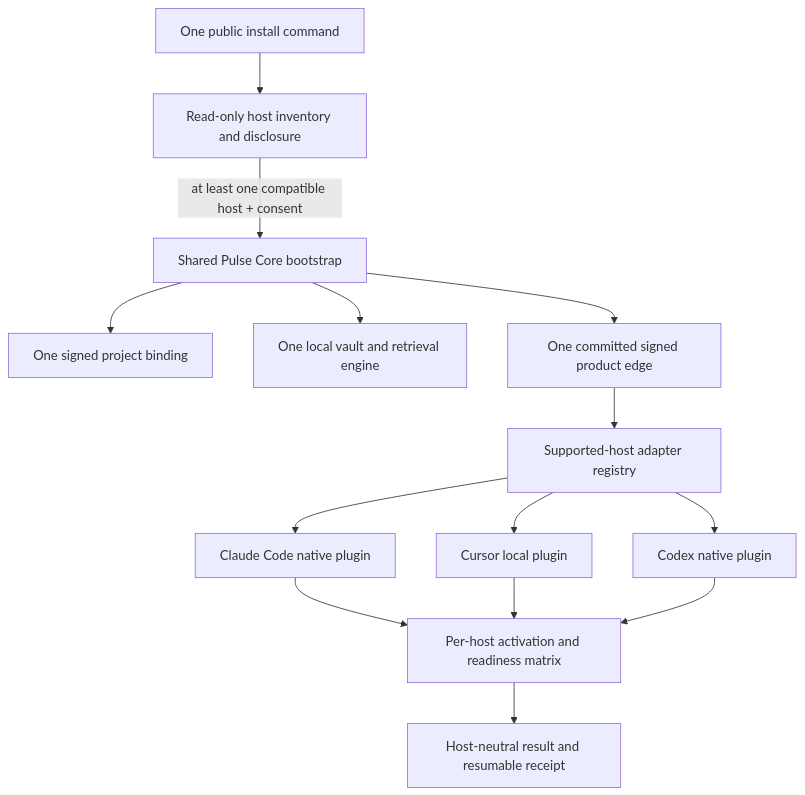
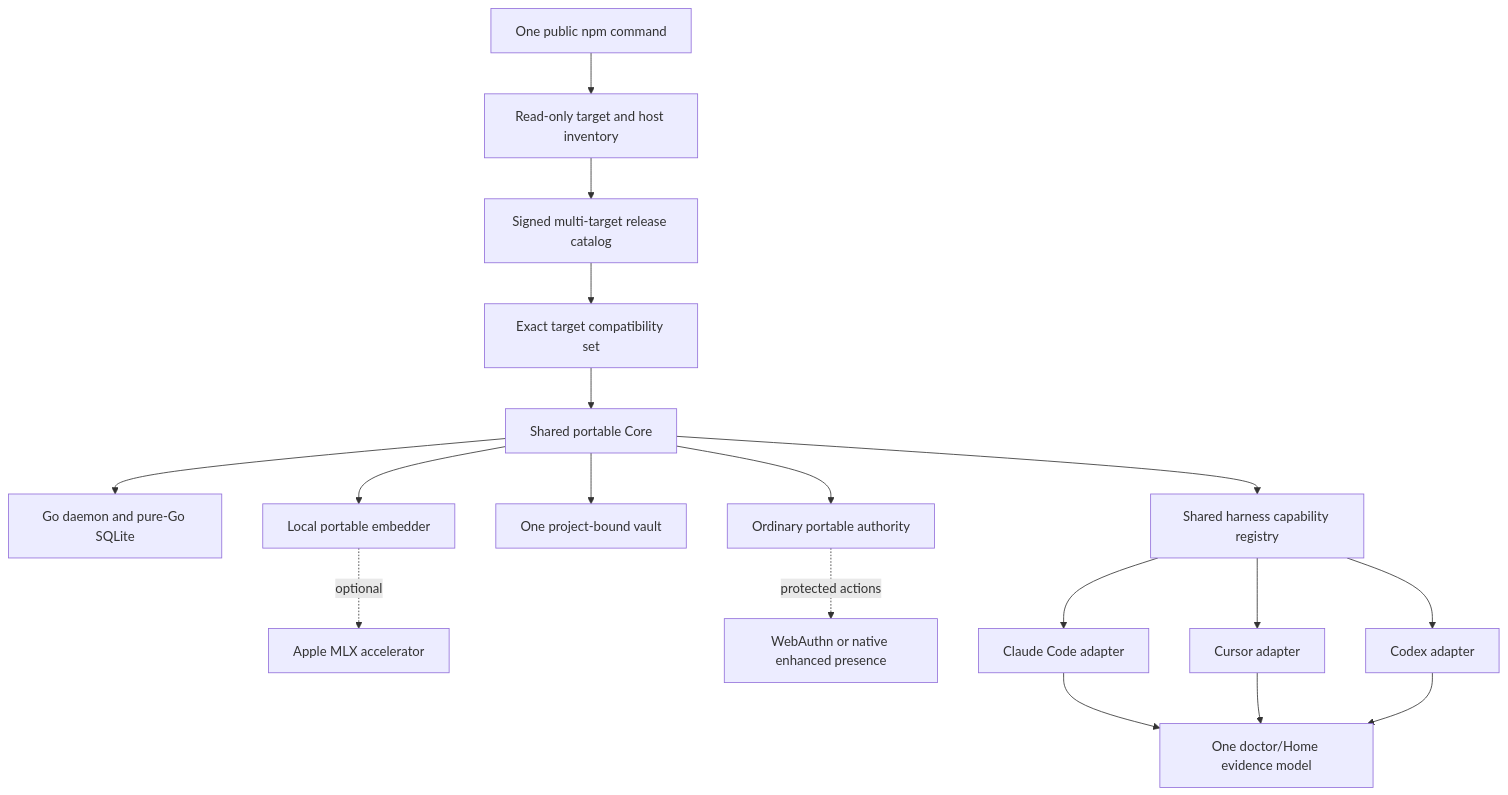
Before and after one commit to zbs-gg/pulse: the first of 2 diagrams in docs/plans/2026-07-17-001-feat-host-neutral-one-command-install-plan.md, drawn with Mermaid. The commit also changed other lines of this file, not shown here.

Commit message:
docs(plan): target universal desktop install

````diff
--- a/docs/plans/2026-07-17-001-feat-host-neutral-one-command-install-plan.md
+++ b/docs/plans/2026-07-17-001-feat-host-neutral-one-command-install-plan.md
@@ -157,16 +196,20 @@
 ```mermaid
 flowchart TB
-  Command["One public install command"] --> Plan["Read-only host inventory and disclosure"]
-  Plan -->|"at least one compatible host + consent"| Core["Shared Pulse Core bootstrap"]
-  Core --> Binding["One signed project binding"]
-  Core --> Vault["One local vault and retrieval engine"]
-  Core --> Edge["One committed signed product edge"]
-  Edge --> Registry["Supported-host adapter registry"]
-  Registry --> Claude["Claude Code native plugin"]
-  Registry --> Cursor["Cursor local plugin"]
-  Registry --> Codex["Codex native plugin"]
-  Claude --> Matrix["Per-host activation and readiness matrix"]
-  Cursor --> Matrix
-  Codex --> Matrix
-  Matrix --> Receipt["Host-neutral result and resumable receipt"]
+  Command["One public npm command"] --> Inventory["Read-only target and host inventory"]
+  Inventory --> Catalog["Signed multi-target release catalog"]
+  Catalog --> Selected["Exact target compatibility set"]
+  Selected --> Portable["Shared portable Core"]
+  Portable --> Daemon["Go daemon and pure-Go SQLite"]
+  Portable --> Embedder["Local portable embedder"]
+  Portable --> Vault["One project-bound vault"]
+  Portable --> Authority["Ordinary portable authority"]
+  Embedder -. optional .-> MLX["Apple MLX accelerator"]
+  Authority -. protected actions .-> NativePresence["WebAuthn or native enhanced presence"]
+  Portable --> Hosts["Shared harness capability registry"]
+  Hosts --> Claude["Claude Code adapter"]
+  Hosts --> Cursor["Cursor adapter"]
+  Hosts --> Codex["Codex adapter"]
+  Claude --> Evidence["One doctor/Home evidence model"]
+  Cursor --> Evidence
+  Codex --> Evidence
 ```
````
